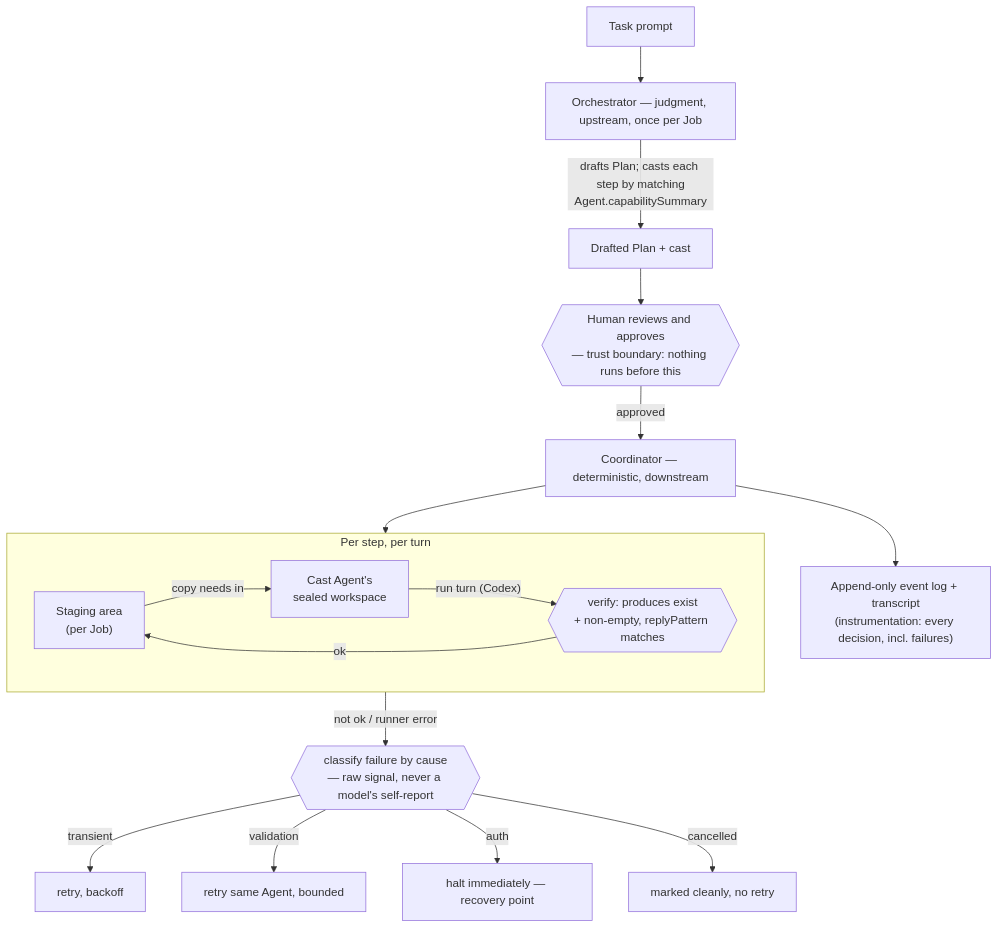
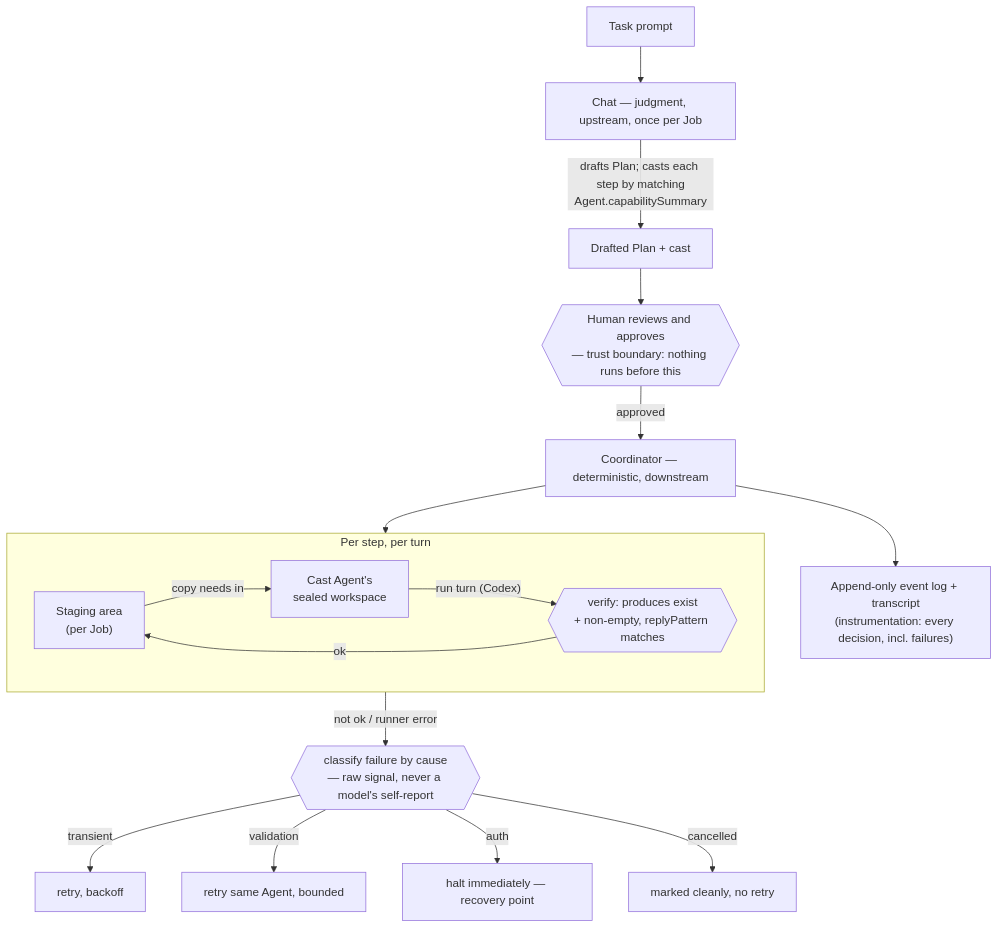
The second of 2 diagrams in docs/ARCHITECTURE.md (CTowners/CodeJam), drawn with Mermaid before and after one commit. The commit also changed other lines of this file and 36 other files, not shown here.

````diff
--- a/docs/ARCHITECTURE.md
+++ b/docs/ARCHITECTURE.md
@@ -80,22 +96,22 @@
 ```mermaid
 flowchart TB
-    Task["Task prompt"] --> Orch["Orchestrator — judgment, upstream, once per Job"]
+    Task["Task prompt"] --> Orch["Chat — judgment, upstream, once per Job"]
     Orch -->|"drafts Plan; casts each step by matching<br/>Agent.capabilitySummary"| Draft["Drafted Plan + cast"]
     Draft --> Gate{{"Human reviews and approves<br/>— trust boundary: nothing runs before this"}}
     Gate -->|approved| Coord["Coordinator — deterministic, downstream"]
 
     subgraph Turn["Per step, per turn"]
       direction LR
       Stage["Staging area<br/>(per Job)"] -->|"copy needs in"| WS["Cast Agent's<br/>sealed workspace"]
       WS -->|"run turn (Codex)"| Check{{"verify: produces exist<br/>+ non-empty, replyPattern matches"}}
       Check -->|ok| Stage
     end
 
     Coord --> Turn
     Check -->|"not ok / runner error"| Cause{{"classify failure by cause<br/>— raw signal, never a model's self-report"}}
     Cause -->|transient| R1["retry, backoff"]
     Cause -->|validation| R2["retry same Agent, bounded"]
     Cause -->|auth| R3["halt immediately — recovery point"]
     Cause -->|cancelled| R4["marked cleanly, no retry"]
     Coord --> Log["Append-only event log + transcript<br/>(instrumentation: every decision, incl. failures)"]
 ```
````
